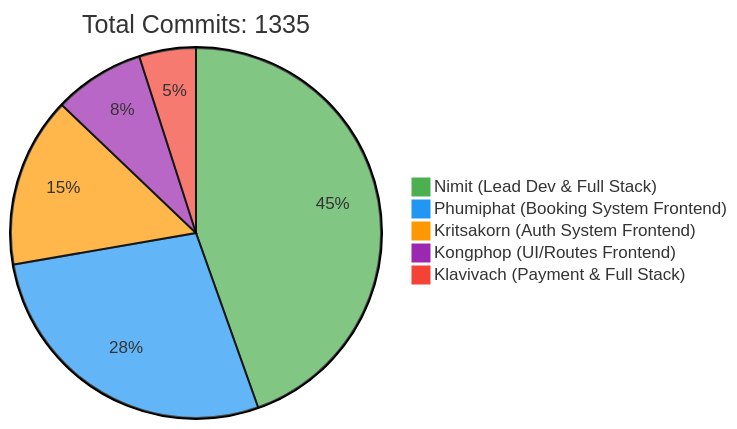
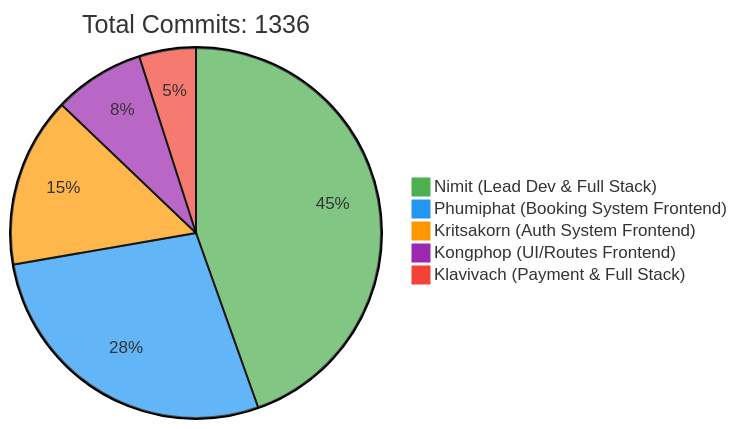
One commit to 6531503042/Sport-Complex changed the first of 2 diagrams in README.md. Above: the diagram before and after it, drawn with Mermaid. The commit also changed other lines of this file, not shown here.

Commit message:
docs: Update contributor statistics [skip ci]

````diff
--- a/README.md
+++ b/README.md
@@ -257,10 +257,10 @@
 ```mermaid
 %%{init: {'theme': 'base', 'themeVariables': { 'pie1': '#4CAF50', 'pie2': '#2196F3', 'pie3': '#FF9800', 'pie4': '#9C27B0', 'pie5': '#F44336'}}}%%
 pie
-    title Total Commits: 1335
+    title Total Commits: 1336
     "Nimit (Lead Dev & Full Stack)" : 450
     "Phumiphat (Booking System Frontend)" : 280
     "Kritsakorn (Auth System Frontend)" : 150
     "Kongphop (UI/Routes Frontend)" : 80
     "Klavivach (Payment & Full Stack)" : 50
 ```
````
